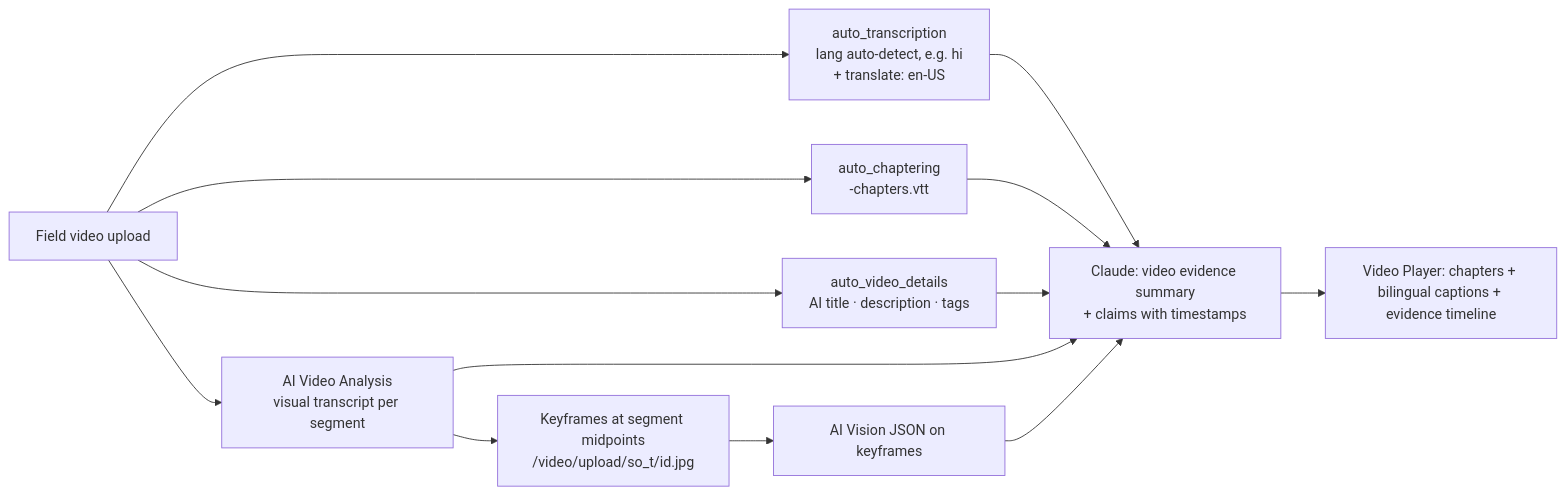
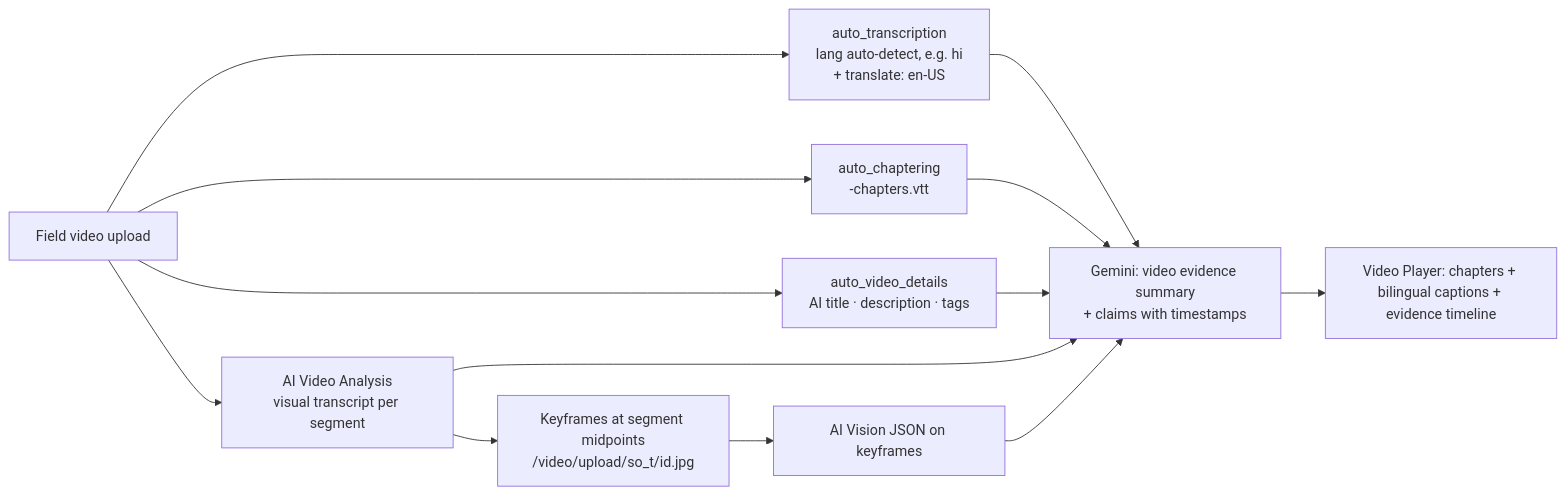
Before and after one commit to Shambhavi500/Pramaan: the diagram in research/02_cloudinary/03_ai_and_analysis_stack.md, drawn with Mermaid. The commit also changed other lines of this file and 41 other files, not shown here.

````diff
--- a/research/02_cloudinary/03_ai_and_analysis_stack.md
+++ b/research/02_cloudinary/03_ai_and_analysis_stack.md
@@ -106,11 +106,11 @@
 ```mermaid
 flowchart LR
   V[Field video upload] --> T[auto_transcription<br/>lang auto-detect, e.g. hi<br/>+ translate: en-US]
   V --> C[auto_chaptering<br/>-chapters.vtt]
   V --> D[auto_video_details<br/>AI title · description · tags]
   V --> A[AI Video Analysis<br/>visual transcript per segment]
   A --> K[Keyframes at segment midpoints<br/>/video/upload/so_t/id.jpg]
   K --> AV[AI Vision JSON on keyframes]
-  T & C & D & A & AV --> L[Claude: video evidence summary<br/>+ claims with timestamps]
+  T & C & D & A & AV --> L[Gemini: video evidence summary<br/>+ claims with timestamps]
   L --> P[Video Player: chapters + bilingual captions + evidence timeline]
 ```
````
